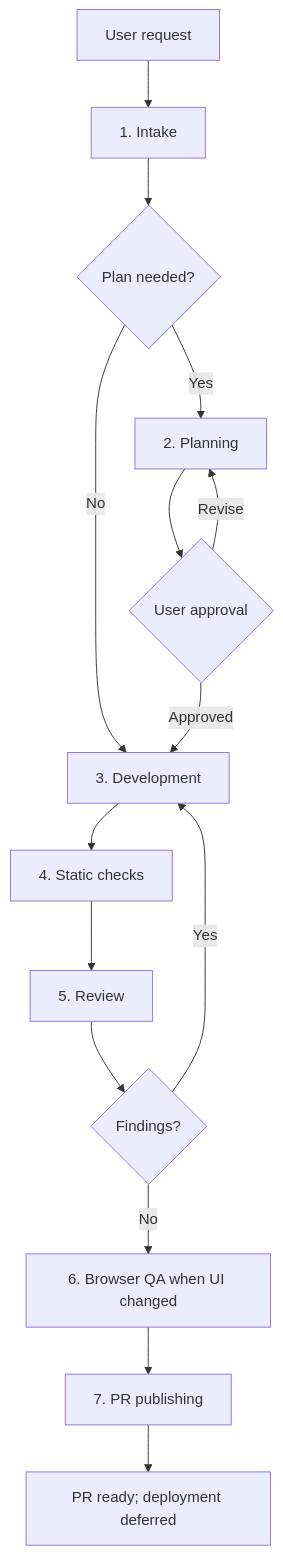
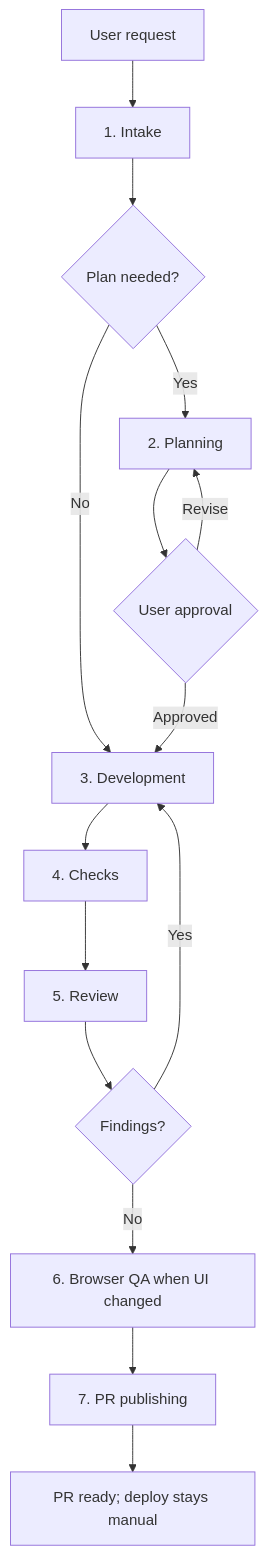
Before and after one commit to Myrhoiazov/ddc-nl-crm: the diagram in .agents/skills/agent-loop/SKILL.md, drawn with Mermaid. The commit also changed other lines of this file and 11 other files, not shown here.

````diff
--- a/.agents/skills/agent-loop/SKILL.md
+++ b/.agents/skills/agent-loop/SKILL.md
@@ -22,17 +23,17 @@
 ```mermaid
 graph TD
     Start["User request"] --> Intake["1. Intake"]
     Intake --> Plan{"Plan needed?"}
     Plan -- Yes --> Planning["2. Planning"]
     Plan -- No --> Dev["3. Development"]
     Planning --> Approval{"User approval"}
     Approval -- Revise --> Planning
     Approval -- Approved --> Dev
-    Dev --> Checks["4. Static checks"]
+    Dev --> Checks["4. Checks"]
     Checks --> Review["5. Review"]
     Review --> Findings{"Findings?"}
     Findings -- Yes --> Dev
     Findings -- No --> QA["6. Browser QA when UI changed"]
     QA --> Publish["7. PR publishing"]
-    Publish --> Done["PR ready; deployment deferred"]
+    Publish --> Done["PR ready; deploy stays manual"]
 ```
````
